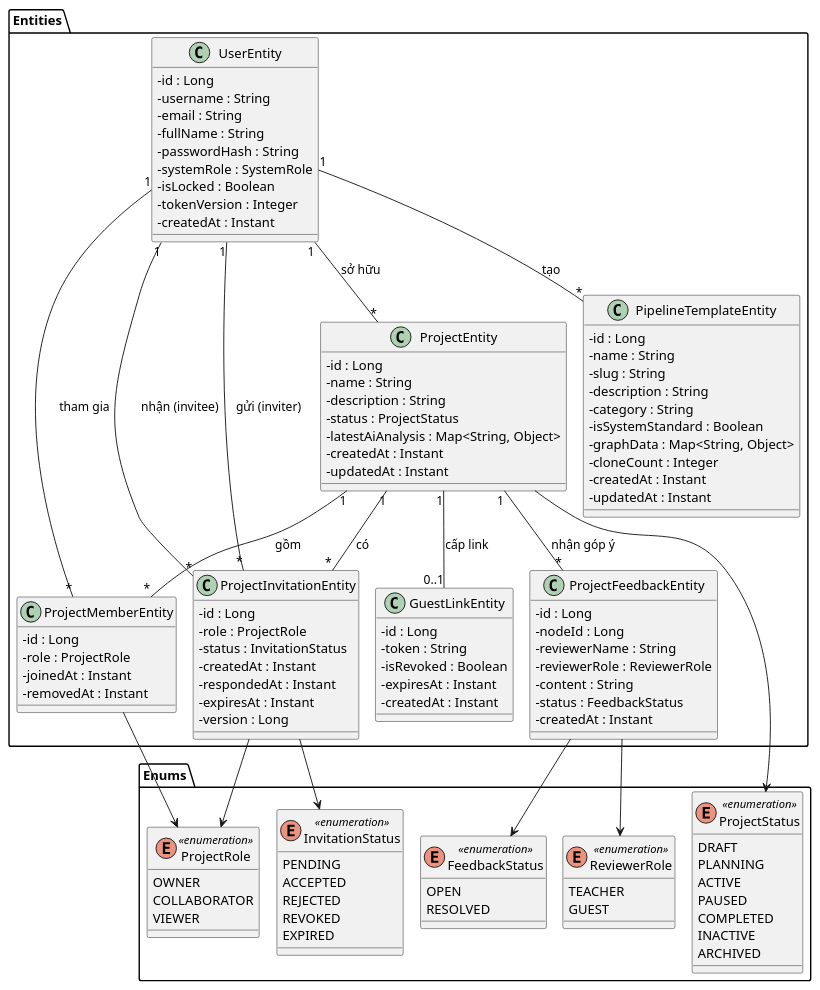
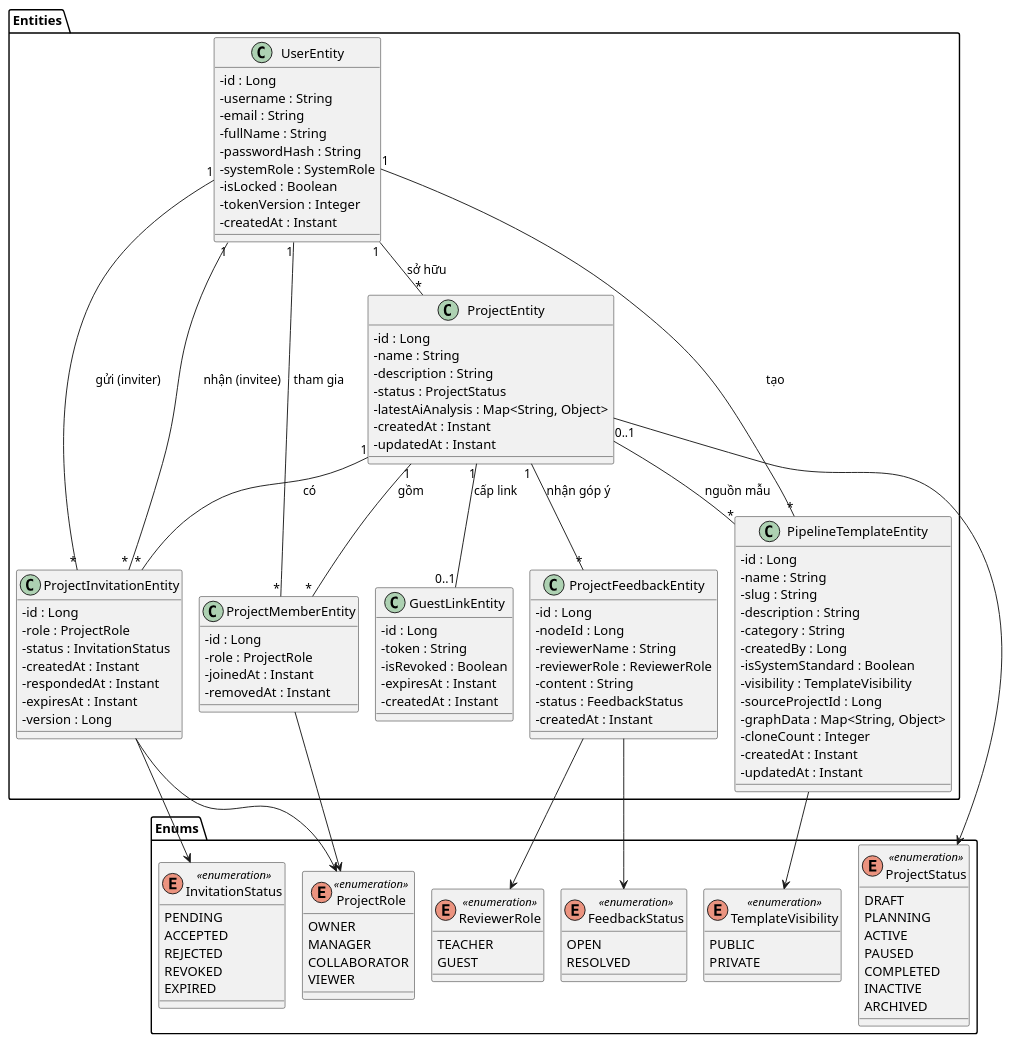
Before and after one commit to ThanhThien-coder/Workflow-Pipeline-Engine: the second of 2 diagrams in docs/ooad/D-du-an/class-du-an.puml, drawn with PlantUML. The commit also changed other lines of this file and 8 other files, not shown here.

```diff
--- a/docs/ooad/D-du-an/class-du-an.puml
+++ b/docs/ooad/D-du-an/class-du-an.puml
@@ -182,136 +205,147 @@
 @startuml class-du-an-thuc-the
 !pragma layout smetana
 skinparam classAttributeIconSize 0
 skinparam shadowing false
 skinparam roundcorner 4
 
 package "Entities" {
   class ProjectEntity {
     - id : Long
     - name : String
     - description : String
     - status : ProjectStatus
     - latestAiAnalysis : Map<String, Object>
     - createdAt : Instant
     - updatedAt : Instant
   }
 
   class UserEntity {
     - id : Long
     - username : String
     - email : String
     - fullName : String
     - passwordHash : String
     - systemRole : SystemRole
     - isLocked : Boolean
     - tokenVersion : Integer
     - createdAt : Instant
   }
 
   class ProjectMemberEntity {
     - id : Long
     - role : ProjectRole
     - joinedAt : Instant
     - removedAt : Instant
   }
 
   class ProjectInvitationEntity {
     - id : Long
     - role : ProjectRole
     - status : InvitationStatus
     - createdAt : Instant
     - respondedAt : Instant
     - expiresAt : Instant
     - version : Long
   }
 
   class GuestLinkEntity {
     - id : Long
     - token : String
     - isRevoked : Boolean
     - expiresAt : Instant
     - createdAt : Instant
   }
 
   class ProjectFeedbackEntity {
     - id : Long
     - nodeId : Long
     - reviewerName : String
     - reviewerRole : ReviewerRole
     - content : String
     - status : FeedbackStatus
     - createdAt : Instant
   }
 
   class PipelineTemplateEntity {
     - id : Long
     - name : String
     - slug : String
     - description : String
     - category : String
+    - createdBy : Long
     - isSystemStandard : Boolean
+    - visibility : TemplateVisibility
+    - sourceProjectId : Long
     - graphData : Map<String, Object>
     - cloneCount : Integer
     - createdAt : Instant
     - updatedAt : Instant
   }
 }
 
 package "Enums" {
   enum ProjectStatus <<enumeration>> {
     DRAFT
     PLANNING
     ACTIVE
     PAUSED
     COMPLETED
     INACTIVE
     ARCHIVED
   }
 
   enum ProjectRole <<enumeration>> {
     OWNER
+    MANAGER
     COLLABORATOR
     VIEWER
+  }
+
+  enum TemplateVisibility <<enumeration>> {
+    PUBLIC
+    PRIVATE
   }
 
   enum InvitationStatus <<enumeration>> {
     PENDING
     ACCEPTED
     REJECTED
     REVOKED
     EXPIRED
   }
 
   enum FeedbackStatus <<enumeration>> {
     OPEN
     RESOLVED
   }
 
   enum ReviewerRole <<enumeration>> {
     TEACHER
     GUEST
   }
 }
 
 ' Association giữa các Entity (bội số 2 đầu, không vẽ trùng thuộc tính khóa ngoại)
 UserEntity "1" -- "*" ProjectEntity : sở hữu >
 ProjectEntity "1" -- "*" ProjectMemberEntity : gồm >
 UserEntity "1" -- "*" ProjectMemberEntity : tham gia >
 
 ProjectEntity "1" -- "*" ProjectInvitationEntity : có >
 UserEntity "1" -- "*" ProjectInvitationEntity : gửi (inviter) >
 UserEntity "1" -- "*" ProjectInvitationEntity : nhận (invitee) >
 
 ProjectEntity "1" -- "0..1" GuestLinkEntity : cấp link >
 ProjectEntity "1" -- "*" ProjectFeedbackEntity : nhận góp ý >
 
 UserEntity "1" -- "*" PipelineTemplateEntity : tạo >
+ProjectEntity "0..1" -- "*" PipelineTemplateEntity : nguồn mẫu >
 
 ' Quan hệ Entity và Enum
 ProjectEntity --> ProjectStatus
 ProjectMemberEntity --> ProjectRole
 ProjectInvitationEntity --> ProjectRole
 ProjectInvitationEntity --> InvitationStatus
 ProjectFeedbackEntity --> FeedbackStatus
 ProjectFeedbackEntity --> ReviewerRole
+PipelineTemplateEntity --> TemplateVisibility
 @enduml
```
